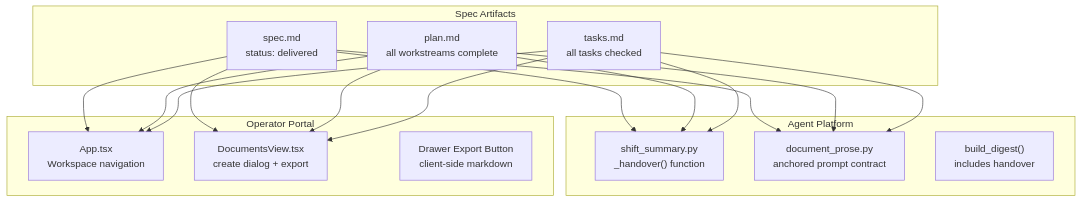
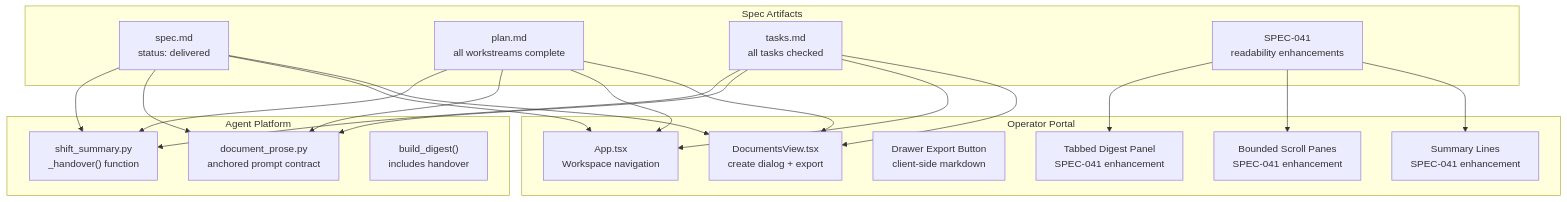
Before and after one commit to metasync/luban-aiops: the first of 8 diagrams in .qoder/repowiki/en/content/Architecture Documentation/SPEC-040_ Shift-Summary Handover Narrative and Export.md, drawn with Mermaid. The commit also changed other lines of this file and 168 other files, not shown here.

````diff
--- a/.qoder/repowiki/en/content/Architecture Documentation/SPEC-040_ Shift-Summary Handover Narrative and Export.md
+++ b/.qoder/repowiki/en/content/Architecture Documentation/SPEC-040_ Shift-Summary Handover Narrative and Export.md
@@ -47,30 +55,37 @@
 ```mermaid
 graph TB
 subgraph "Agent Platform"
 A["shift_summary.py<br/>_handover() function"]
 B["document_prose.py<br/>anchored prompt contract"]
 C["build_digest()<br/>includes handover"]
 end
 subgraph "Operator Portal"
 D["App.tsx<br/>Workspace navigation"]
 E["DocumentsView.tsx<br/>create dialog + export"]
 F["Drawer Export Button<br/>client-side markdown"]
+G["Tabbed Digest Panel<br/>SPEC-041 enhancement"]
+H["Bounded Scroll Panes<br/>SPEC-041 enhancement"]
+I["Summary Lines<br/>SPEC-041 enhancement"]
 end
 subgraph "Spec Artifacts"
 S1["spec.md<br/>status: delivered"]
 S2["plan.md<br/>all workstreams complete"]
 S3["tasks.md<br/>all tasks checked"]
+S4["SPEC-041<br/>readability enhancements"]
 end
 S1 --> A
 S1 --> B
 S1 --> D
 S1 --> E
 S2 --> A
 S2 --> B
 S2 --> D
 S2 --> E
 S3 --> A
 S3 --> B
 S3 --> D
 S3 --> E
+S4 --> G
+S4 --> H
+S4 --> I
 ```
````
